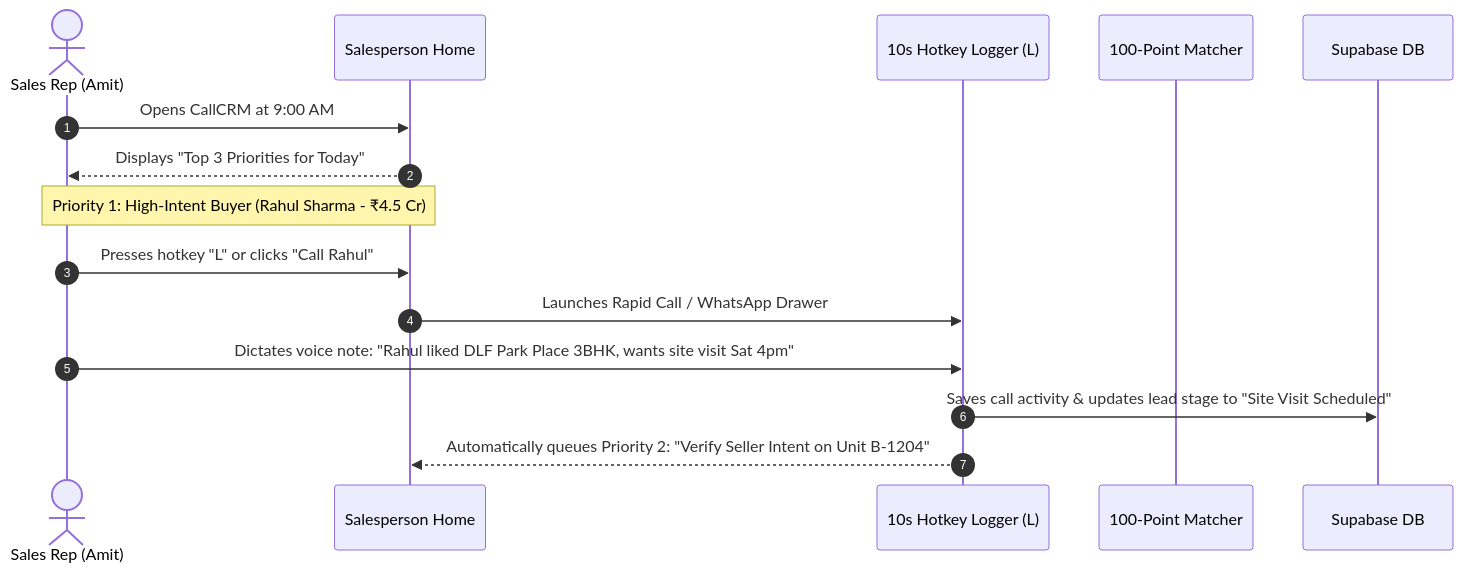
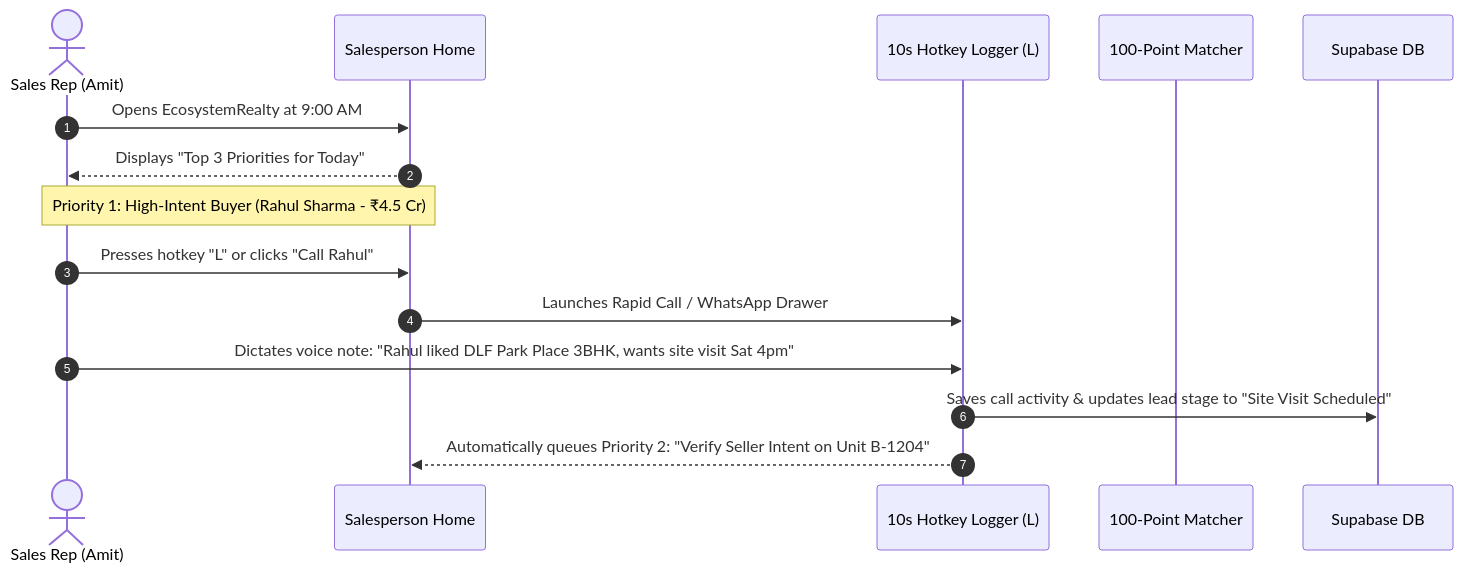
One commit to Naman09746/building-ecosystem-crm changed the second of 5 diagrams in DOCS/ui-ux-spec/01-ui-master-redesign-plan.md. Above: the diagram before and after it, drawn with Mermaid. The commit also changed other lines of this file and 903 other files, not shown here.

````diff
--- a/DOCS/ui-ux-spec/01-ui-master-redesign-plan.md
+++ b/DOCS/ui-ux-spec/01-ui-master-redesign-plan.md
@@ -178,18 +178,18 @@
 ```mermaid
 sequenceDiagram
     autonumber
     actor Rep as Sales Rep (Amit)
     participant Home as Salesperson Home
     participant Dialer as 10s Hotkey Logger (L)
     participant Matcher as 100-Point Matcher
     participant DB as Supabase DB
     
-    Rep->>Home: Opens CallCRM at 9:00 AM
+    Rep->>Home: Opens EcosystemRealty at 9:00 AM
     Home-->>Rep: Displays "Top 3 Priorities for Today"
     Note over Home,Rep: Priority 1: High-Intent Buyer (Rahul Sharma - ₹4.5 Cr)
     Rep->>Home: Presses hotkey "L" or clicks "Call Rahul"
     Home->>Dialer: Launches Rapid Call / WhatsApp Drawer
     Rep->>Dialer: Dictates voice note: "Rahul liked DLF Park Place 3BHK, wants site visit Sat 4pm"
     Dialer->>DB: Saves call activity & updates lead stage to "Site Visit Scheduled"
     Dialer-->>Home: Automatically queues Priority 2: "Verify Seller Intent on Unit B-1204"
 ```
````
